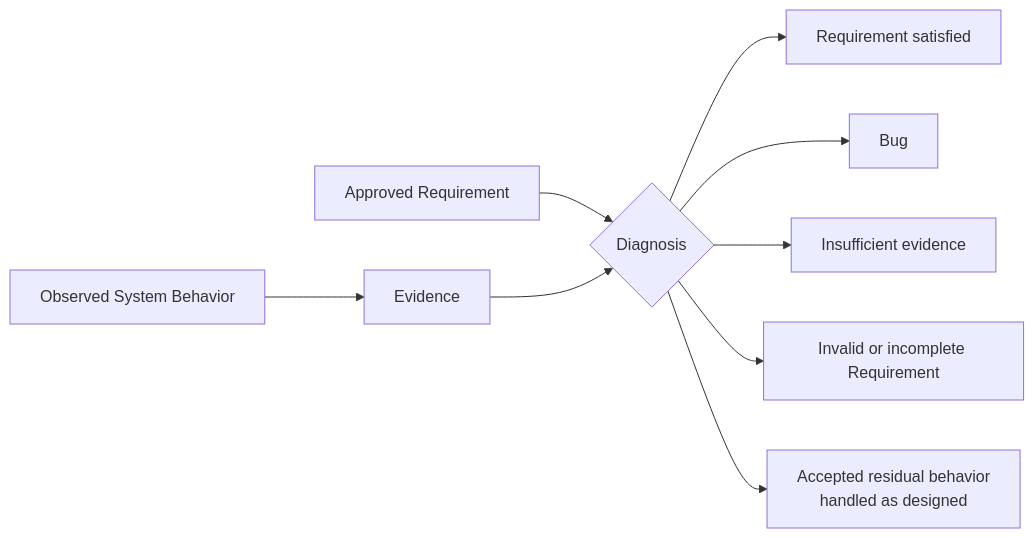
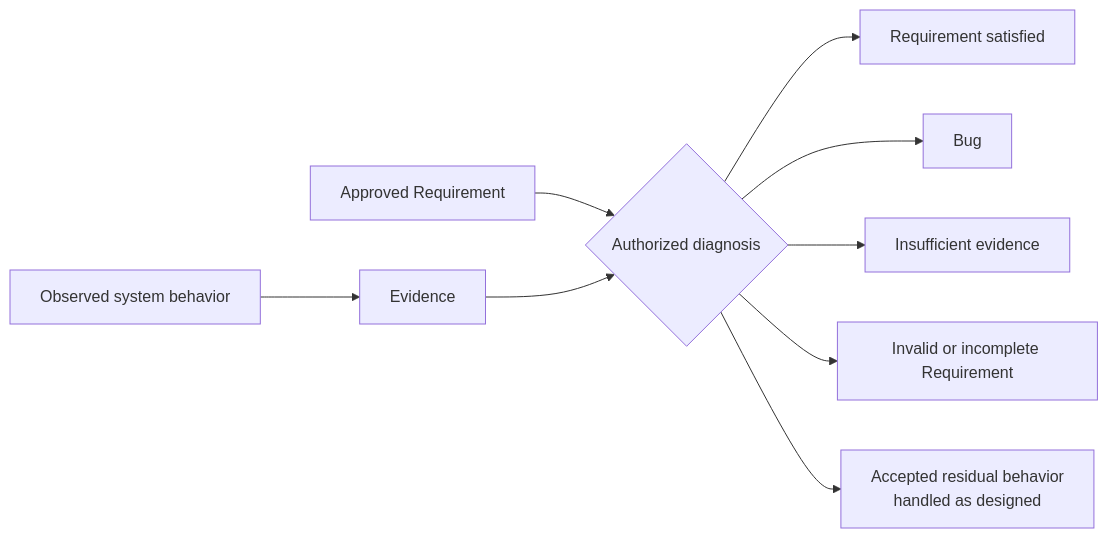
The second of 3 diagrams in 00-doctrine/requirements-correctness-and-bugs.md (UncertaintyArchitectureGroup/uncertainty-architecture), drawn with Mermaid before and after one commit. The commit also changed other lines of this file, not shown here.

````diff
--- a/00-doctrine/requirements-correctness-and-bugs.md
+++ b/00-doctrine/requirements-correctness-and-bugs.md
@@ -95,16 +103,16 @@
 ```mermaid
 flowchart LR
     R[Approved Requirement]
-    B[Observed System Behavior]
+    B[Observed system behavior]
     E[Evidence]
-    D{Diagnosis}
+    D{Authorized diagnosis}
 
     R --> D
     B --> E --> D
 
     D --> S[Requirement satisfied]
     D --> BUG[Bug]
     D --> U[Insufficient evidence]
     D --> IR[Invalid or incomplete Requirement]
     D --> T[Accepted residual behavior<br/>handled as designed]
 ```
````
